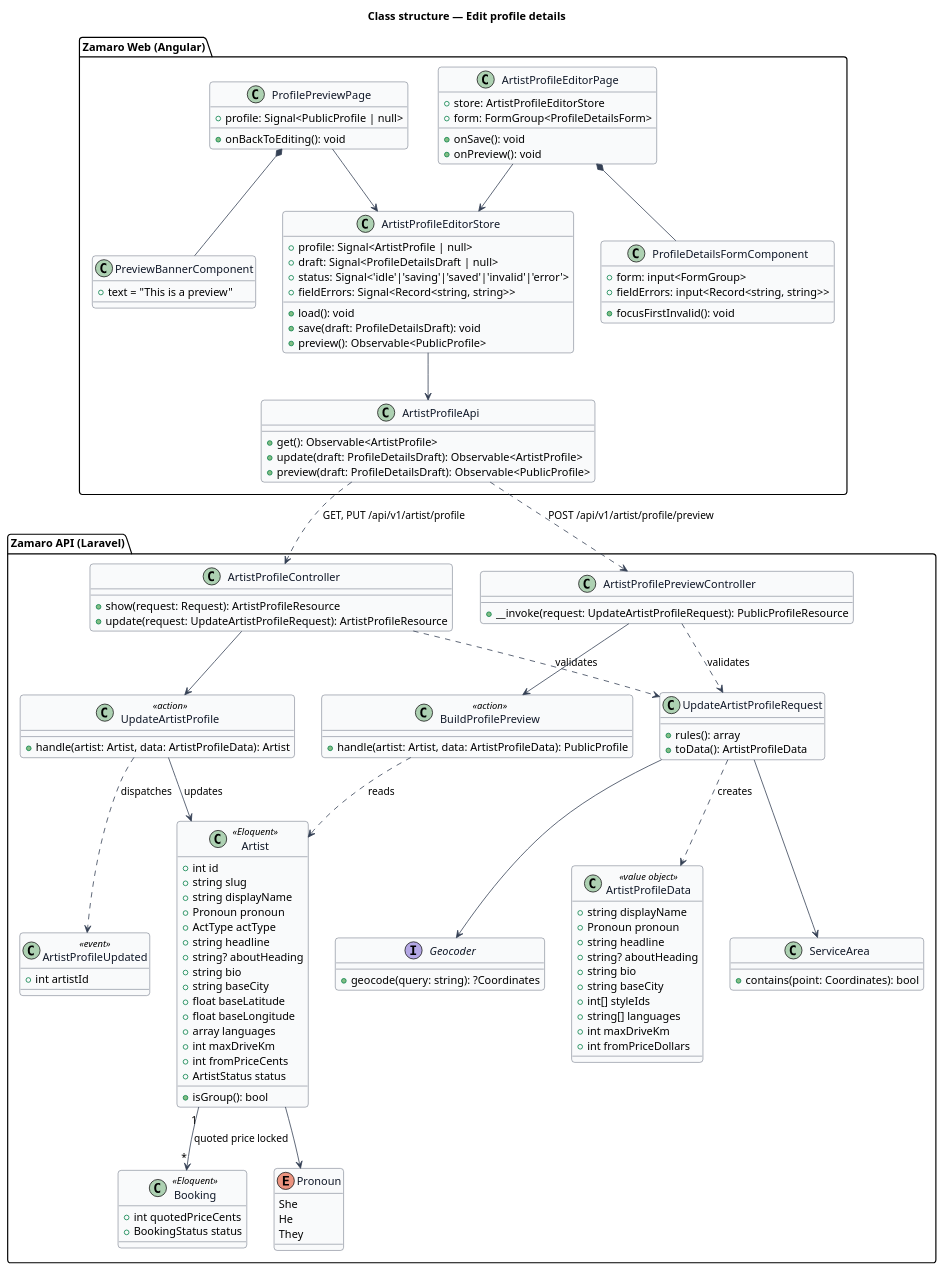
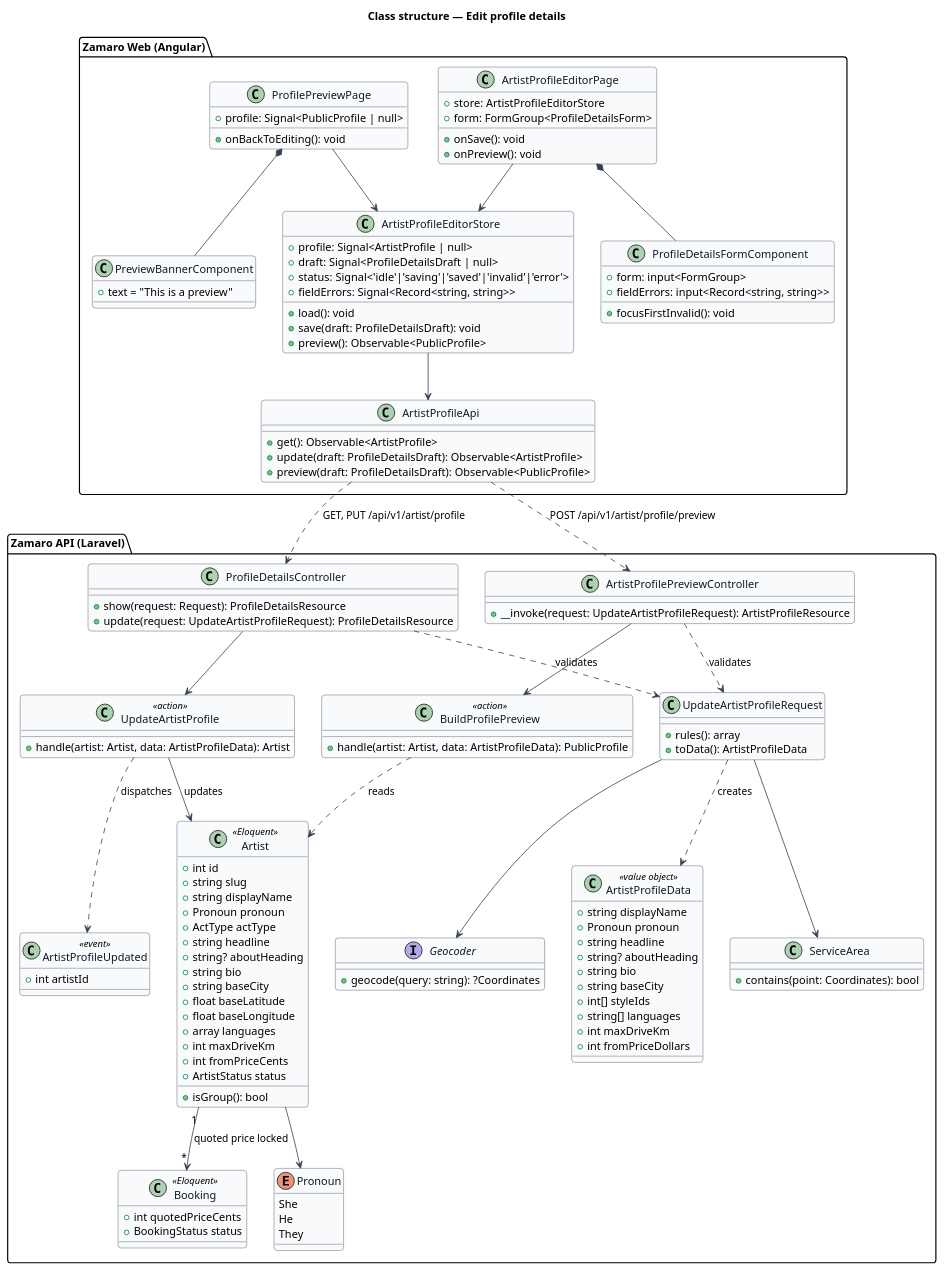
Before and after one commit to QuinntyneBrown/zamaro: the diagram in docs/detailed-designs/artist-workspace/edit-profile-details/diagrams/class-structure.puml, drawn with PlantUML. The commit also changed 11 other files, not shown here.

First line of the commit message:
docs(adr): 0008 artist profile names; record the profile as built in S11

```diff
--- a/docs/detailed-designs/artist-workspace/edit-profile-details/diagrams/class-structure.puml
+++ b/docs/detailed-designs/artist-workspace/edit-profile-details/diagrams/class-structure.puml
@@ -1,138 +1,138 @@
 @startuml
 ' --- shared skin header ---
 skinparam backgroundColor #FFFFFF
 skinparam shadowing false
 skinparam roundcorner 8
 skinparam defaultFontName Arial
 skinparam ArrowColor #344054
 skinparam class {
   BorderColor #344054
   FontColor #101828
   BackgroundColor #F9FAFB
 }
 ' --------------------------
 title Class structure — Edit profile details
 
 package "Zamaro Web (Angular)" {
   class ArtistProfileEditorPage {
     +store: ArtistProfileEditorStore
     +form: FormGroup<ProfileDetailsForm>
     +onSave(): void
     +onPreview(): void
   }
   class ProfileDetailsFormComponent {
     +form: input<FormGroup>
     +fieldErrors: input<Record<string, string>>
     +focusFirstInvalid(): void
   }
   class ArtistProfileEditorStore {
     +profile: Signal<ArtistProfile | null>
     +draft: Signal<ProfileDetailsDraft | null>
     +status: Signal<'idle'|'saving'|'saved'|'invalid'|'error'>
     +fieldErrors: Signal<Record<string, string>>
     +load(): void
     +save(draft: ProfileDetailsDraft): void
     +preview(): Observable<PublicProfile>
   }
   class ArtistProfileApi {
     +get(): Observable<ArtistProfile>
     +update(draft: ProfileDetailsDraft): Observable<ArtistProfile>
     +preview(draft: ProfileDetailsDraft): Observable<PublicProfile>
   }
   class ProfilePreviewPage {
     +profile: Signal<PublicProfile | null>
     +onBackToEditing(): void
   }
   class PreviewBannerComponent {
     +text = "This is a preview"
   }
 }
 
 package "Zamaro API (Laravel)" {
-  class ArtistProfileController {
-    +show(request: Request): ArtistProfileResource
-    +update(request: UpdateArtistProfileRequest): ArtistProfileResource
+  class ProfileDetailsController {
+    +show(request: Request): ProfileDetailsResource
+    +update(request: UpdateArtistProfileRequest): ProfileDetailsResource
   }
   class ArtistProfilePreviewController {
-    +__invoke(request: UpdateArtistProfileRequest): PublicProfileResource
+    +__invoke(request: UpdateArtistProfileRequest): ArtistProfileResource
   }
   class UpdateArtistProfileRequest {
     +rules(): array
     +toData(): ArtistProfileData
   }
   class ArtistProfileData <<value object>> {
     +string displayName
     +Pronoun pronoun
     +string headline
     +string? aboutHeading
     +string bio
     +string baseCity
     +int[] styleIds
     +string[] languages
     +int maxDriveKm
     +int fromPriceDollars
   }
   class UpdateArtistProfile <<action>> {
     +handle(artist: Artist, data: ArtistProfileData): Artist
   }
   class BuildProfilePreview <<action>> {
     +handle(artist: Artist, data: ArtistProfileData): PublicProfile
   }
   class ServiceArea {
     +contains(point: Coordinates): bool
   }
   interface Geocoder {
     +geocode(query: string): ?Coordinates
   }
   class Artist <<Eloquent>> {
     +int id
     +string slug
     +string displayName
     +Pronoun pronoun
     +ActType actType
     +string headline
     +string? aboutHeading
     +string bio
     +string baseCity
     +float baseLatitude
     +float baseLongitude
     +array languages
     +int maxDriveKm
     +int fromPriceCents
     +ArtistStatus status
     +isGroup(): bool
   }
   class Booking <<Eloquent>> {
     +int quotedPriceCents
     +BookingStatus status
   }
   enum Pronoun {
     She
     He
     They
   }
   class ArtistProfileUpdated <<event>> {
     +int artistId
   }
 }
 
 ArtistProfileEditorPage --> ArtistProfileEditorStore
 ArtistProfileEditorPage *-- ProfileDetailsFormComponent
 ProfilePreviewPage --> ArtistProfileEditorStore
 ProfilePreviewPage *-- PreviewBannerComponent
 ArtistProfileEditorStore --> ArtistProfileApi
-ArtistProfileApi ..> ArtistProfileController : GET, PUT /api/v1/artist/profile
+ArtistProfileApi ..> ProfileDetailsController : GET, PUT /api/v1/artist/profile
 ArtistProfileApi ..> ArtistProfilePreviewController : POST /api/v1/artist/profile/preview
-ArtistProfileController ..> UpdateArtistProfileRequest : validates
+ProfileDetailsController ..> UpdateArtistProfileRequest : validates
 ArtistProfilePreviewController ..> UpdateArtistProfileRequest : validates
 UpdateArtistProfileRequest ..> ArtistProfileData : creates
-ArtistProfileController --> UpdateArtistProfile
+ProfileDetailsController --> UpdateArtistProfile
 ArtistProfilePreviewController --> BuildProfilePreview
 UpdateArtistProfileRequest --> Geocoder
 UpdateArtistProfileRequest --> ServiceArea
 UpdateArtistProfile --> Artist : updates
 UpdateArtistProfile ..> ArtistProfileUpdated : dispatches
 BuildProfilePreview ..> Artist : reads
 Artist --> Pronoun
 Artist "1" --> "*" Booking : quoted price locked
 @enduml
```
